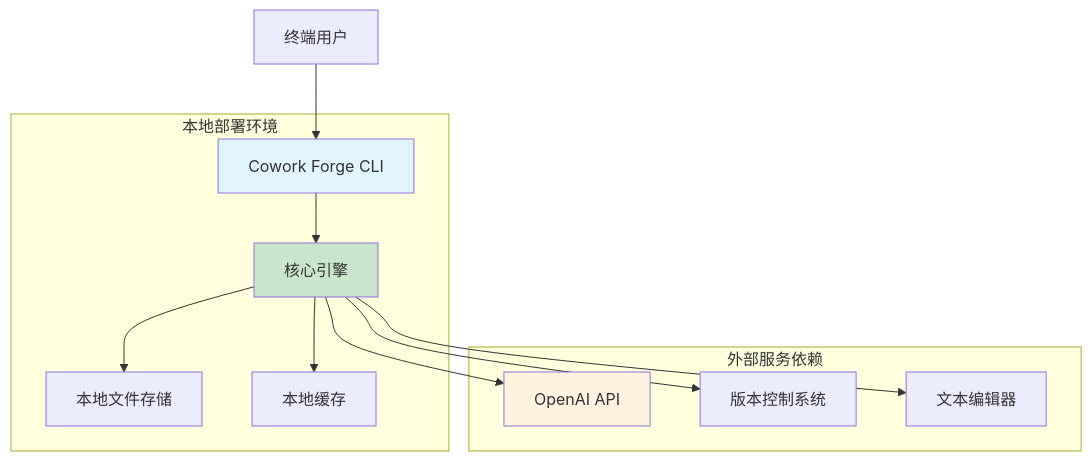
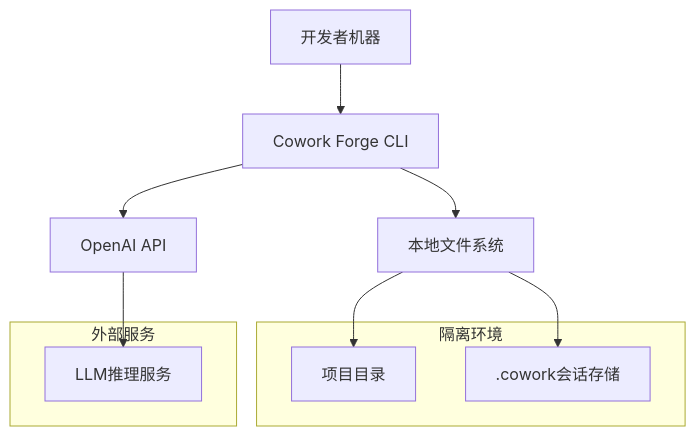
Before and after one commit to sopaco/cowork-forge: diagram 11 of 11 in litho.docs/zh/2、架构概览.md, drawn with Mermaid. The commit also changed other lines of this file and 34 other files, not shown here.

````diff
--- a/litho.docs/zh/2、架构概览.md
+++ b/litho.docs/zh/2、架构概览.md
@@ -589,20 +748,20 @@
 ```mermaid
 graph TB
-    USER[终端用户] --> CLI[Cowork Forge CLI]
+    A[开发者机器] --> B[Cowork Forge CLI]
+    B --> C[本地文件系统]
+    B --> D[OpenAI API]
     
-    subgraph "本地部署环境"
-        CLI --> CORE[核心引擎]
-        CORE --> STORAGE[本地文件存储]
-        CORE --> CACHE[本地缓存]
+    C --> E[项目目录]
+    C --> F[.cowork会话存储]
+    
+    D --> G[LLM推理服务]
+    
+    subgraph "隔离环境"
+        E
+        F
     end
     
-    subgraph "外部服务依赖"
-        CORE --> OPENAI[OpenAI API]
-        CORE --> VCS[版本控制系统]
-        CORE --> EDITOR[文本编辑器]
+    subgraph "外部服务"
+        G
     end
-    
-    style CLI fill:#e1f5fe
-    style CORE fill:#c8e6c9
-    style OPENAI fill:#fff3e0
 ```
````
